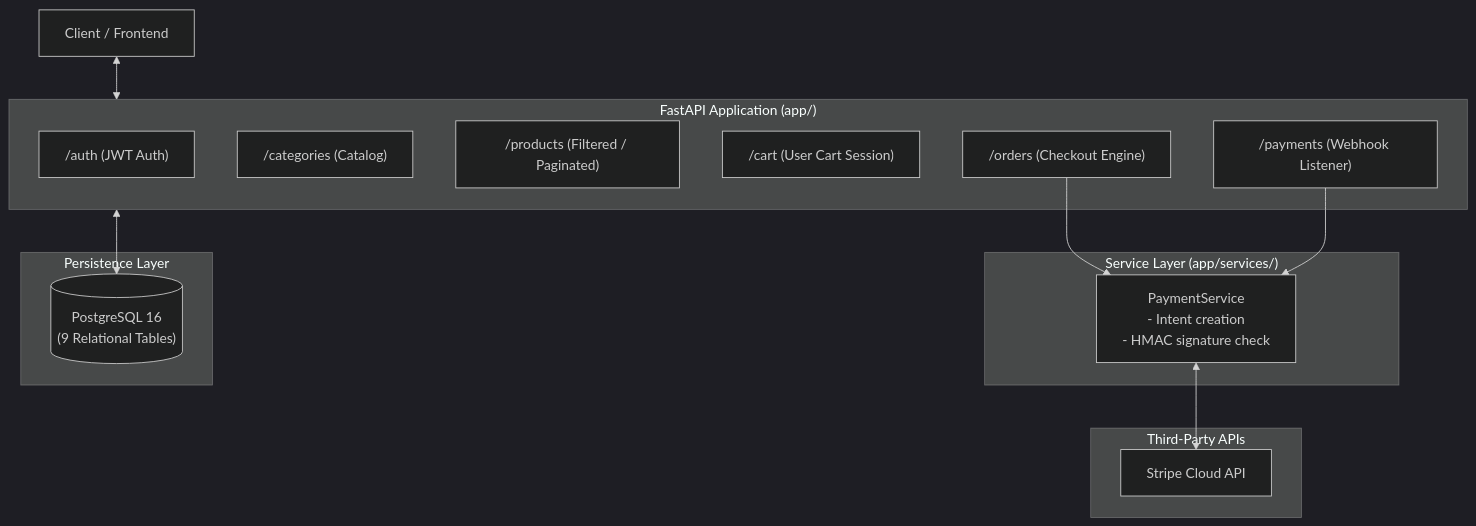
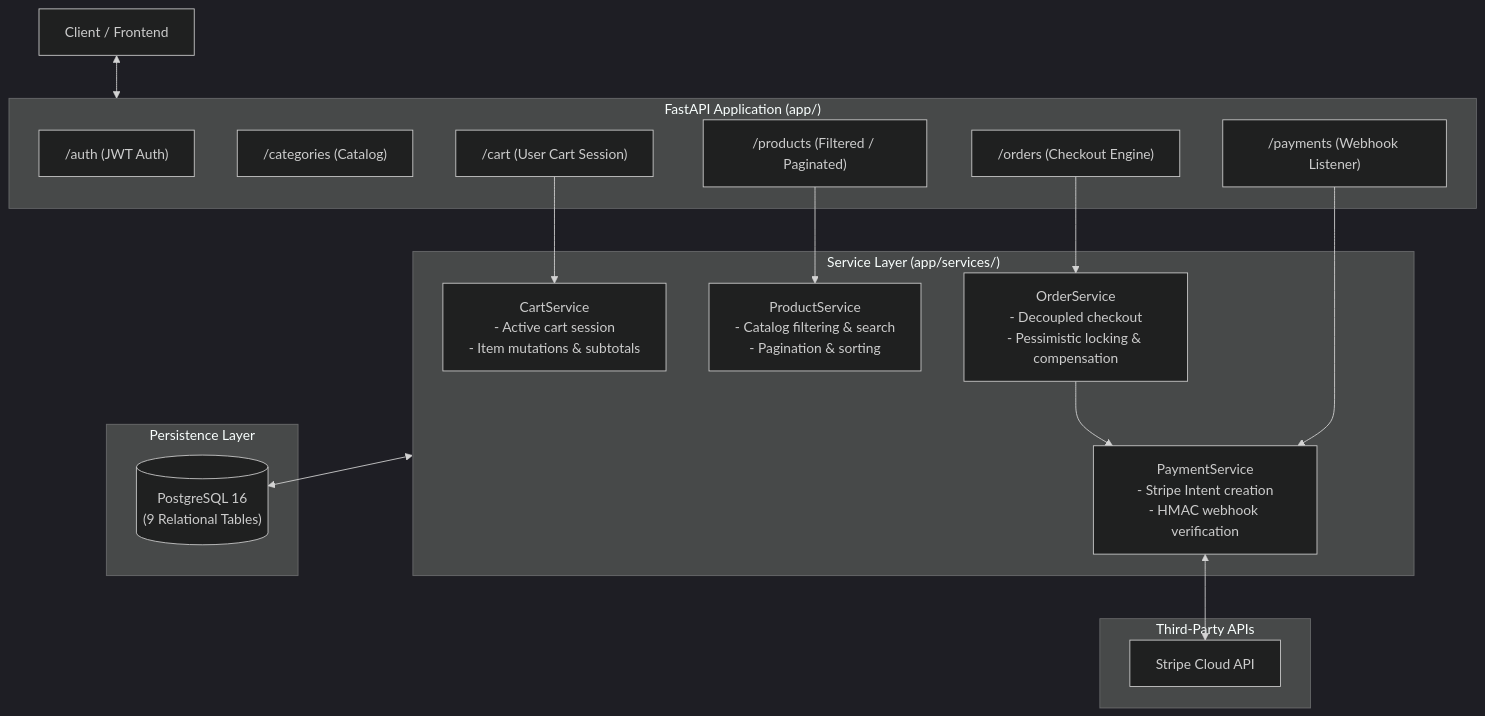
One commit to S-madii/Ecommerce-Api changed the diagram in docs/README.md. Above: the diagram before and after it, drawn with Mermaid (dark theme). The commit also changed 4 other files, not shown here.

````diff
--- a/docs/README.md
+++ b/docs/README.md
@@ -9,31 +9,37 @@
 ```mermaid
 flowchart TD
     Client["Client / Frontend"]
 
     subgraph API ["FastAPI Application (app/)"]
         AuthRouter["/auth (JWT Auth)"]
         CatRouter["/categories (Catalog)"]
         ProdRouter["/products (Filtered / Paginated)"]
         CartRouter["/cart (User Cart Session)"]
         OrderRouter["/orders (Checkout Engine)"]
         PayRouter["/payments (Webhook Listener)"]
     end
 
     subgraph ServiceLayer ["Service Layer (app/services/)"]
-        PayService["PaymentService<br/>- Intent creation<br/>- HMAC signature check"]
+        CartService["CartService<br/>- Active cart session<br/>- Item mutations & subtotals"]
+        ProdService["ProductService<br/>- Catalog filtering & search<br/>- Pagination & sorting"]
+        OrderService["OrderService<br/>- Decoupled checkout<br/>- Pessimistic locking & compensation"]
+        PayService["PaymentService<br/>- Stripe Intent creation<br/>- HMAC webhook verification"]
     end
 
     subgraph Storage ["Persistence Layer"]
         PG[("PostgreSQL 16<br/>(9 Relational Tables)")]
     end
 
     subgraph External ["Third-Party APIs"]
         Stripe["Stripe Cloud API"]
     end
 
     Client <--> API
-    OrderRouter --> PayService
+    CartRouter --> CartService
+    ProdRouter --> ProdService
+    OrderRouter --> OrderService
+    OrderService --> PayService
     PayRouter --> PayService
     PayService <--> Stripe
-    API <--> PG
+    ServiceLayer <--> PG
 ```
````
